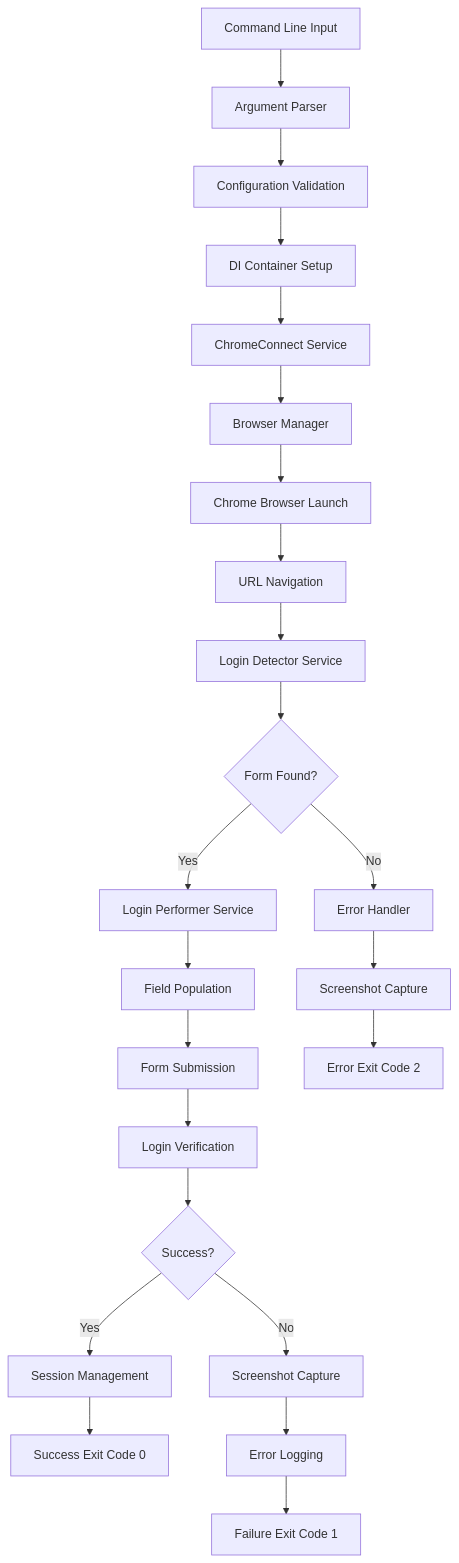
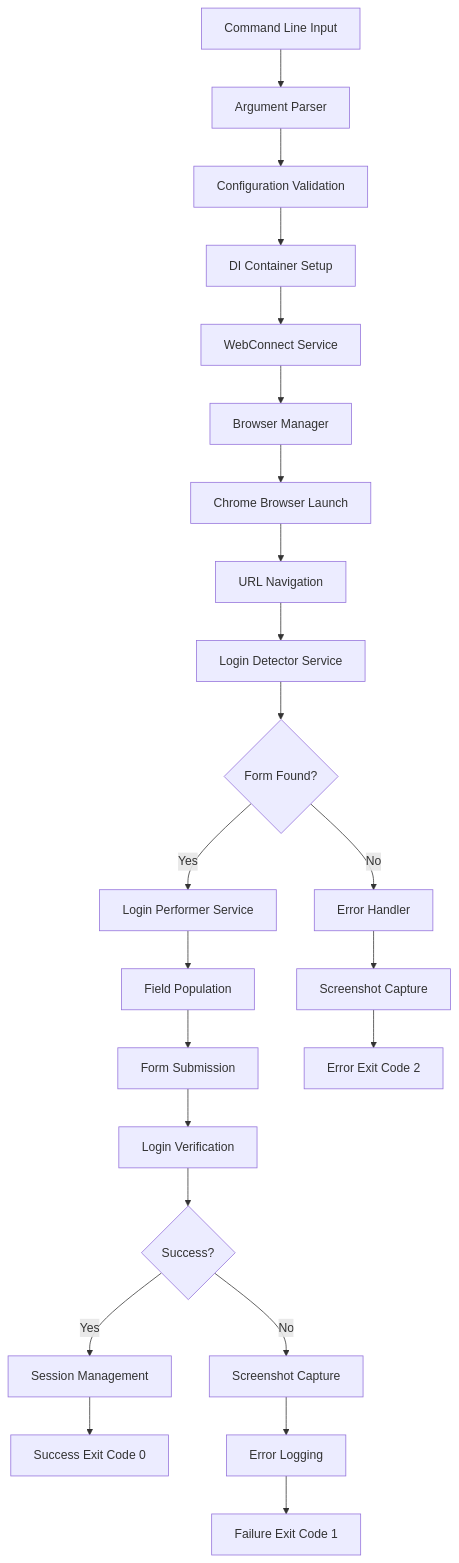
The diagram in docs/architecture.md (MaskoFortwana/CyberArk-WebConnect), drawn with Mermaid before and after one commit. The commit also changed other lines of this file and 582 other files, not shown here.

First line of the commit message:
Complete WebConnect renaming: Repository cleanup and structure finalization

````diff
--- a/docs/architecture.md
+++ b/docs/architecture.md
@@ -155,31 +155,31 @@
 ```mermaid
 graph TD
     A[Command Line Input] --> B[Argument Parser]
     B --> C[Configuration Validation]
     C --> D[DI Container Setup]
-    D --> E[ChromeConnect Service]
+    D --> E[WebConnect Service]
     
     E --> F[Browser Manager]
     F --> G[Chrome Browser Launch]
     G --> H[URL Navigation]
     
     H --> I[Login Detector Service]
     I --> J{Form Found?}
     J -->|Yes| K[Login Performer Service]
     J -->|No| L[Error Handler]
     
     K --> M[Field Population]
     M --> N[Form Submission]
     N --> O[Login Verification]
     
     O --> P{Success?}
     P -->|Yes| Q[Session Management]
     P -->|No| R[Screenshot Capture]
     
     Q --> S[Success Exit Code 0]
     R --> T[Error Logging]
     T --> U[Failure Exit Code 1]
     
     L --> V[Screenshot Capture]
     V --> W[Error Exit Code 2]
 ```
````
